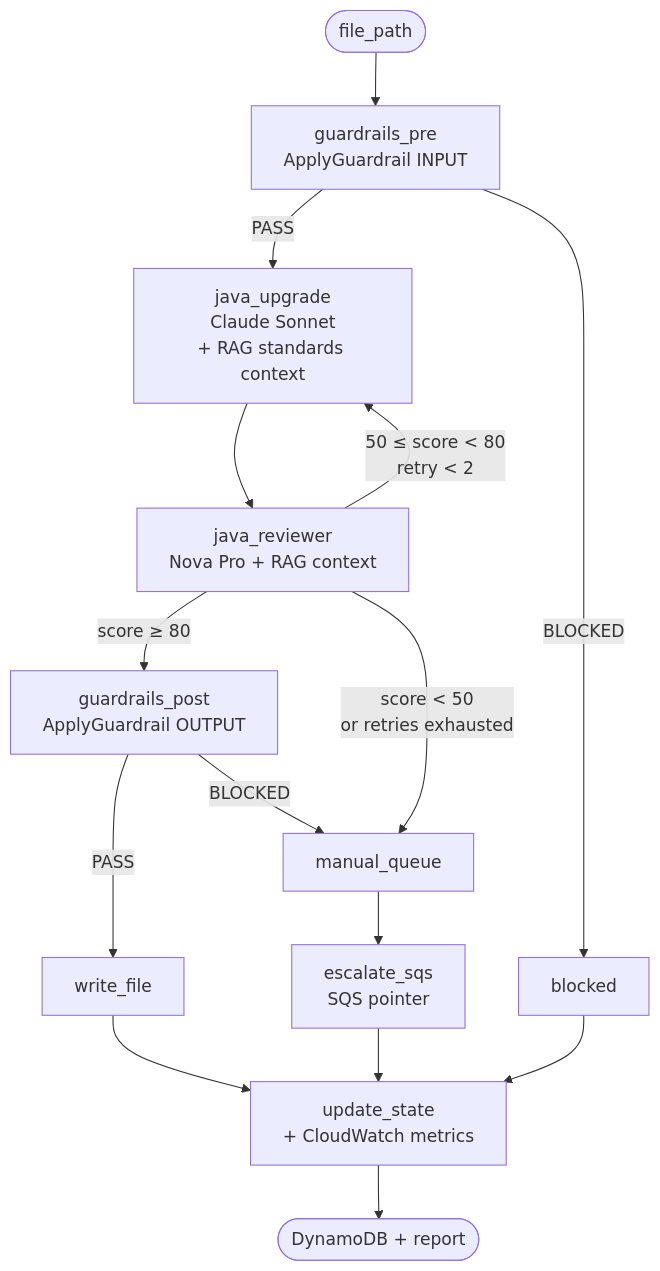
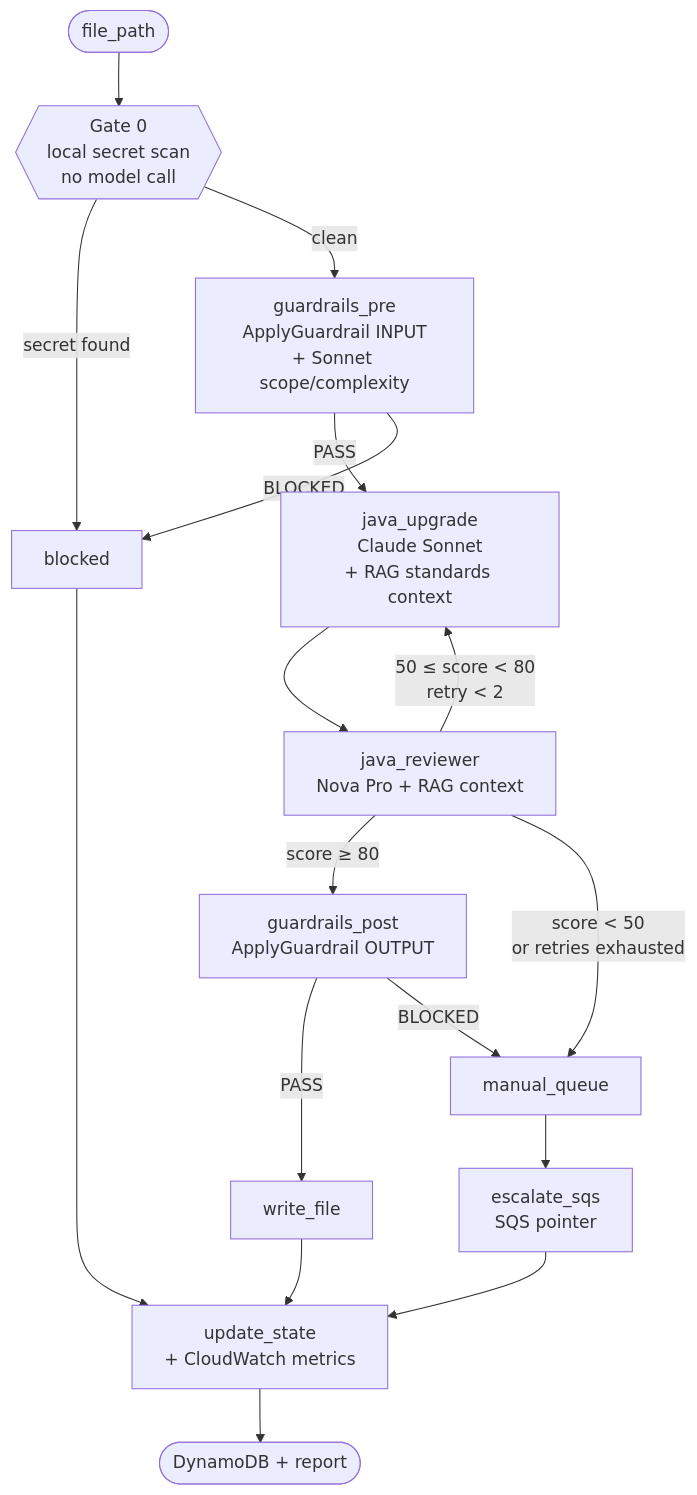
Before and after one commit to anche-raja/forge-platform: the second of 2 diagrams in README.md, drawn with Mermaid. The commit also changed 6 other files, not shown here.

First line of the commit message:
fix(guardrails): add deterministic Gate 0 secret scan before any model call

````diff
--- a/README.md
+++ b/README.md
@@ -60,17 +60,19 @@
 ```mermaid
 flowchart TD
-    S([file_path]) --> PRE[guardrails_pre<br/>ApplyGuardrail INPUT]
+    S([file_path]) --> G0{{Gate 0<br/>local secret scan<br/>no model call}}
+    G0 -->|secret found| BLK[blocked]
+    G0 -->|clean| PRE[guardrails_pre<br/>ApplyGuardrail INPUT<br/>+ Sonnet scope/complexity]
     PRE -->|PASS| UPGRADE[java_upgrade<br/>Claude Sonnet<br/>+ RAG standards context]
-    PRE -->|BLOCKED| BLK[blocked]
+    PRE -->|BLOCKED| BLK
     UPGRADE --> REV[java_reviewer<br/>Nova Pro + RAG context]
     REV -->|score ≥ 80| POST[guardrails_post<br/>ApplyGuardrail OUTPUT]
     REV -->|50 ≤ score < 80<br/>retry < 2| UPGRADE
     REV -->|score < 50<br/>or retries exhausted| MQ[manual_queue]
     POST -->|PASS| WRITE[write_file]
     POST -->|BLOCKED| MQ
     WRITE --> UPD[update_state<br/>+ CloudWatch metrics]
     MQ --> SQSN[escalate_sqs<br/>SQS pointer]
     SQSN --> UPD
     BLK --> UPD
     UPD --> E([DynamoDB + report])
 ```
````
